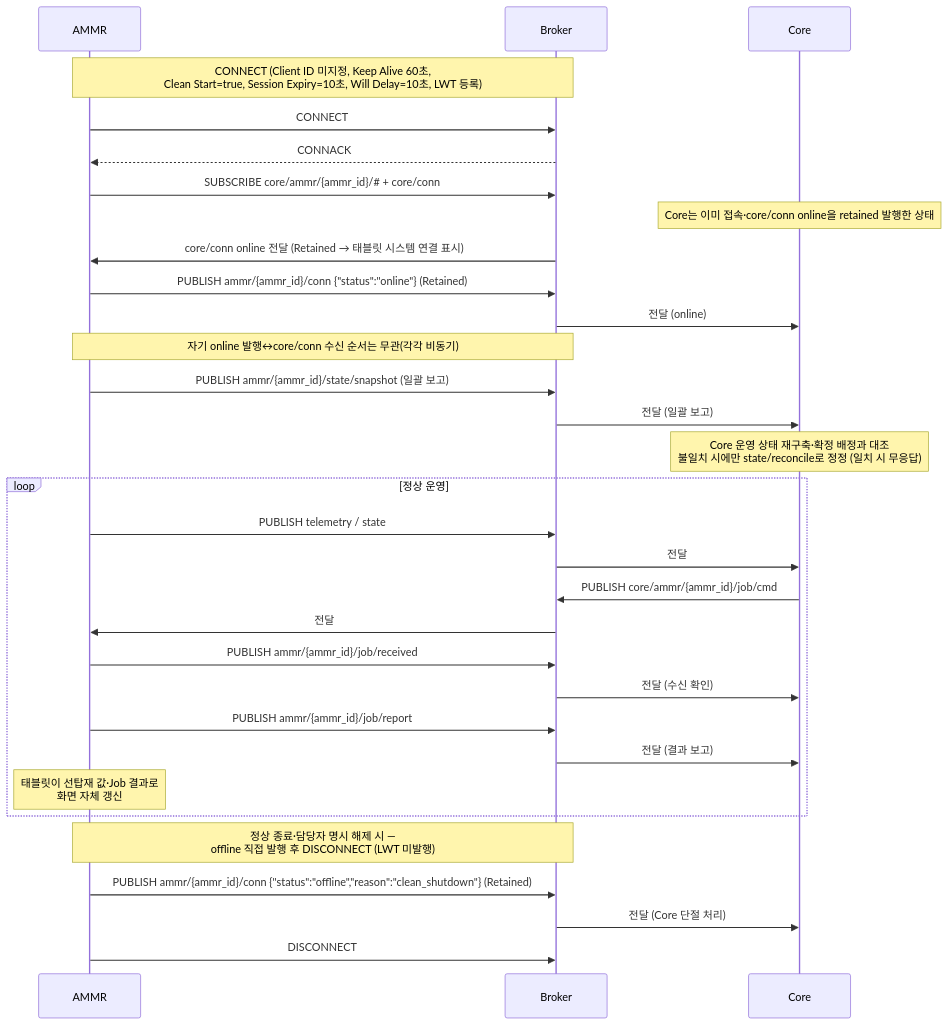
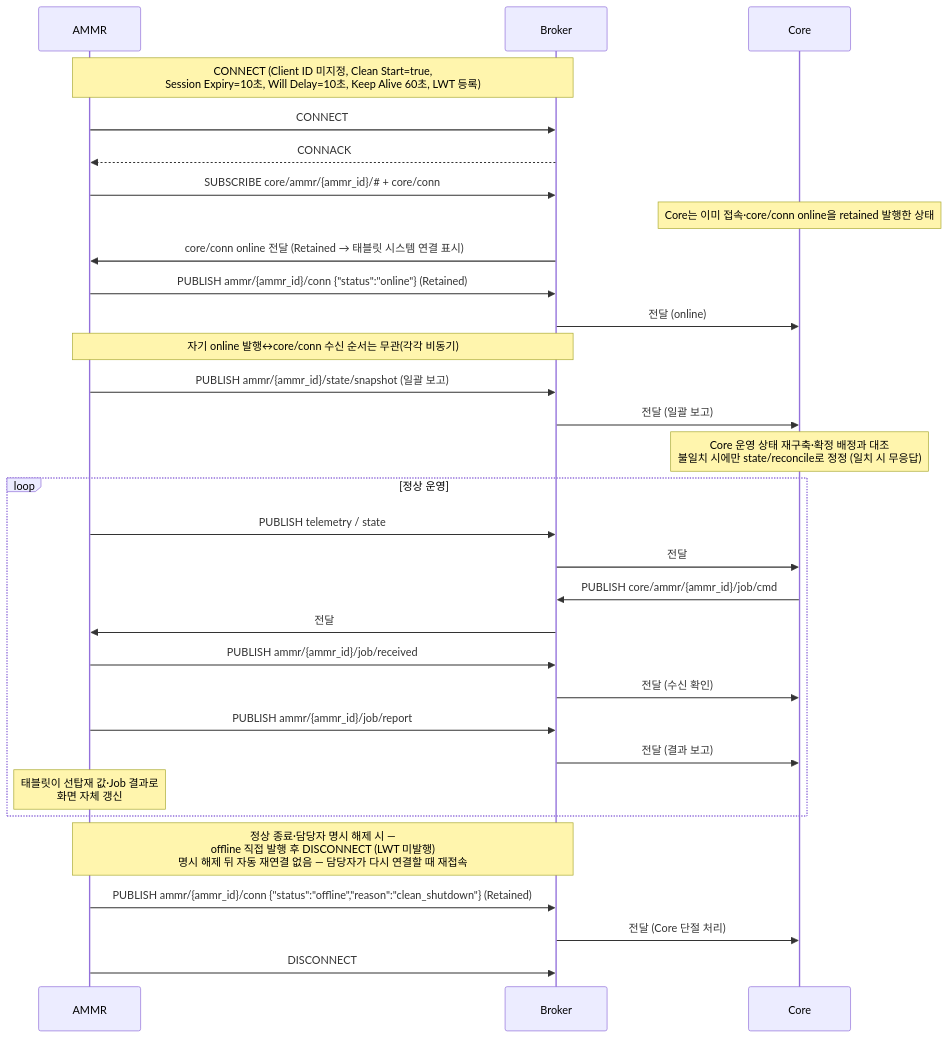
The third of 15 diagrams in docs/out/Core_ICD_AMMR.md (kimminsu0315/Core-Docs), drawn with Mermaid before and after one commit. The commit also changed other lines of this file and 7 other files, not shown here.

````diff
--- a/docs/out/Core_ICD_AMMR.md
+++ b/docs/out/Core_ICD_AMMR.md
@@ -252,36 +284,36 @@
 ```mermaid
 sequenceDiagram
     participant A as AMMR
     participant B as Broker
     participant C as Core
 
-    Note over A,B: CONNECT (Client ID 미지정, Keep Alive 60초,<br/>Clean Start=true, Session Expiry=10초, Will Delay=10초, LWT 등록)
+    Note over A,B: CONNECT (Client ID 미지정, Clean Start=true,<br/>Session Expiry=10초, Will Delay=10초, Keep Alive 60초, LWT 등록)
     A->>B: CONNECT
     B-->>A: CONNACK
     A->>B: SUBSCRIBE core/ammr/{ammr_id}/#35; + core/conn
     Note over C: Core는 이미 접속·core/conn online을 retained 발행한 상태
     B->>A: core/conn online 전달 (Retained → 태블릿 시스템 연결 표시)
     A->>B: PUBLISH ammr/{ammr_id}/conn {"status":"online"} (Retained)
     B->>C: 전달 (online)
     Note over A,B: 자기 online 발행↔core/conn 수신 순서는 무관(각각 비동기)
     A->>B: PUBLISH ammr/{ammr_id}/state/snapshot (일괄 보고)
     B->>C: 전달 (일괄 보고)
     Note over C: Core 운영 상태 재구축·확정 배정과 대조<br/>불일치 시에만 state/reconcile로 정정 (일치 시 무응답)
 
     loop 정상 운영
         A->>B: PUBLISH telemetry / state
         B->>C: 전달
         C->>B: PUBLISH core/ammr/{ammr_id}/job/cmd
         B->>A: 전달
         A->>B: PUBLISH ammr/{ammr_id}/job/received
         B->>C: 전달 (수신 확인)
         A->>B: PUBLISH ammr/{ammr_id}/job/report
         B->>C: 전달 (결과 보고)
         Note over A: 태블릿이 선탑재 값·Job 결과로<br/>화면 자체 갱신
     end
 
-    Note over A,B: 정상 종료·담당자 명시 해제 시 —<br/>offline 직접 발행 후 DISCONNECT (LWT 미발행)
+    Note over A,B: 정상 종료·담당자 명시 해제 시 —<br/>offline 직접 발행 후 DISCONNECT (LWT 미발행)<br/>명시 해제 뒤 자동 재연결 없음 — 담당자가 다시 연결할 때 재접속
     A->>B: PUBLISH ammr/{ammr_id}/conn {"status":"offline","reason":"clean_shutdown"} (Retained)
     B->>C: 전달 (Core 단절 처리)
     A->>B: DISCONNECT
 ```
````
